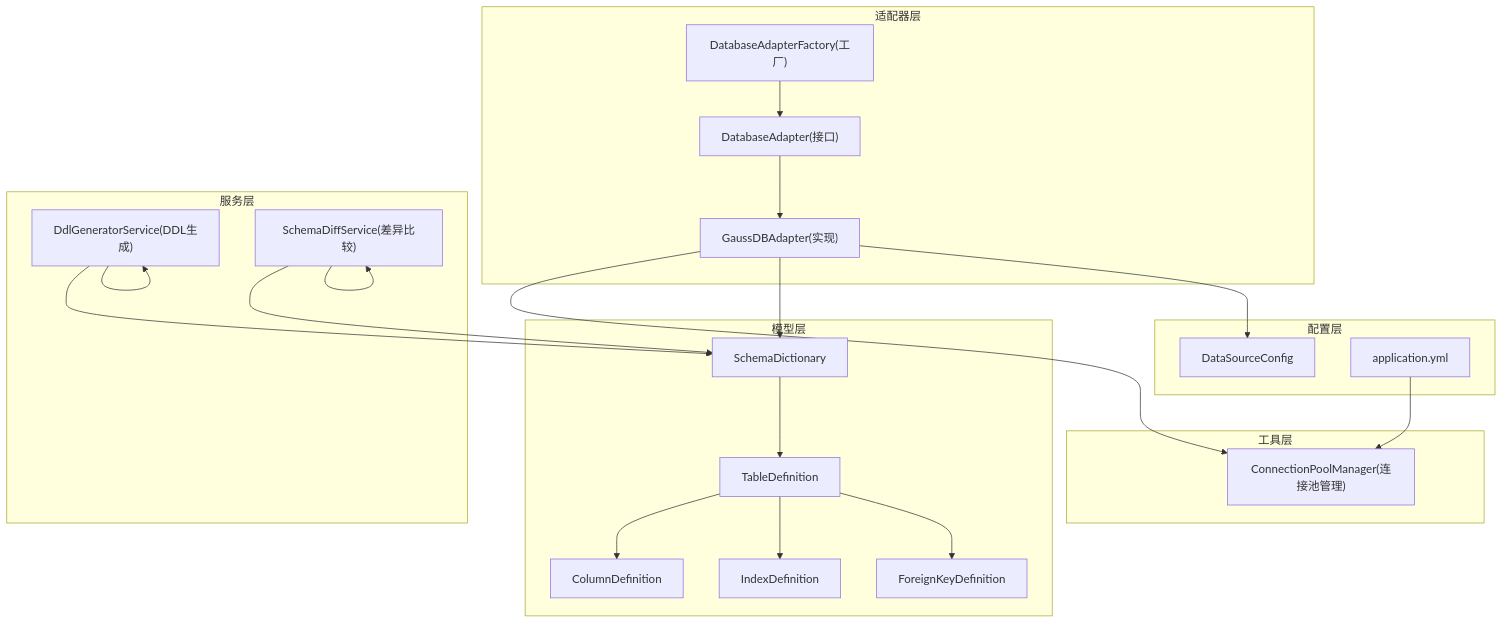
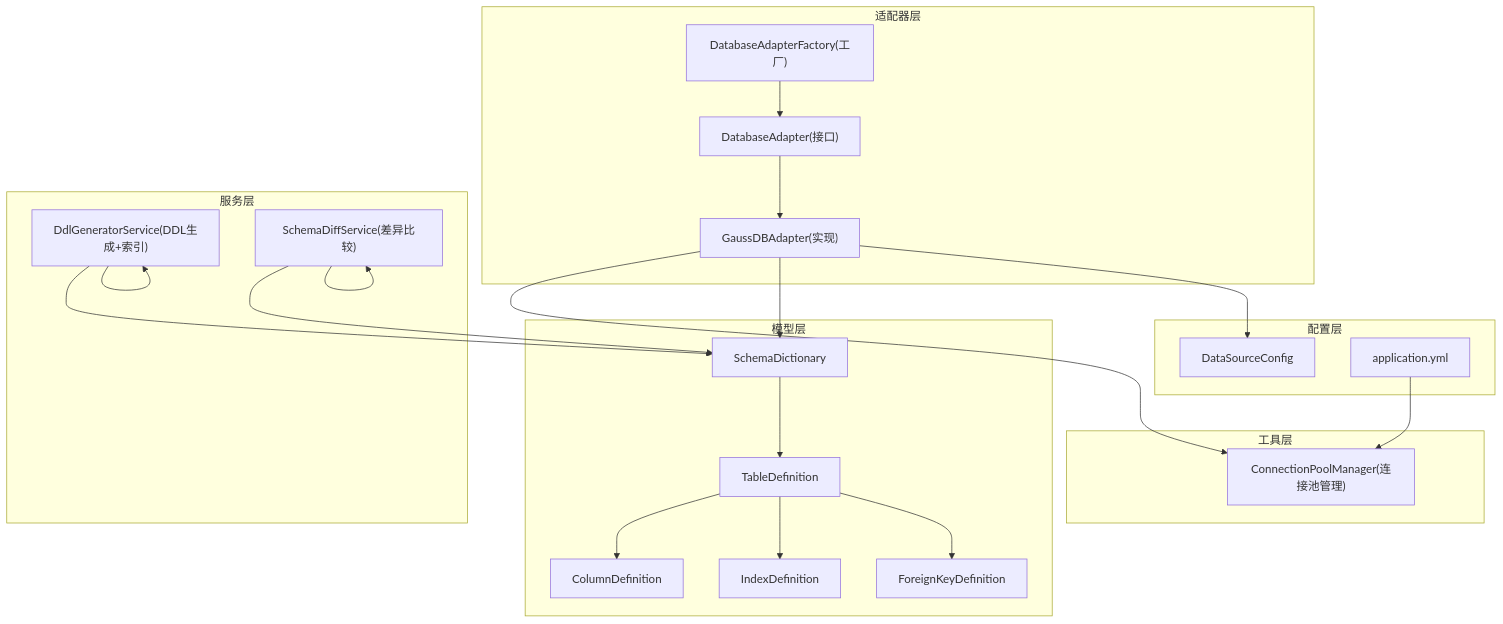
Before and after one commit to SamLing-Why/SchemaSync: the first of 12 diagrams in .qoder/repowiki/zh/content/数据库适配器/数据库适配器实现/GaussDB适配器实现.md, drawn with Mermaid. The commit also changed other lines of this file and 38 other files, not shown here.

````diff
--- a/.qoder/repowiki/zh/content/数据库适配器/数据库适配器实现/GaussDB适配器实现.md
+++ b/.qoder/repowiki/zh/content/数据库适配器/数据库适配器实现/GaussDB适配器实现.md
@@ -52,40 +52,40 @@
 ```mermaid
 graph TB
 subgraph "适配器层"
 DA["DatabaseAdapter(接口)"]
 GA["GaussDBAdapter(实现)"]
 DAF["DatabaseAdapterFactory(工厂)"]
 end
 subgraph "服务层"
-DGS["DdlGeneratorService(DDL生成)"]
+DGS["DdlGeneratorService(DDL生成+索引)"]
 SDS["SchemaDiffService(差异比较)"]
 end
 subgraph "工具层"
 CPM["ConnectionPoolManager(连接池管理)"]
 end
 subgraph "模型层"
 SD["SchemaDictionary"]
 TD["TableDefinition"]
 CD["ColumnDefinition"]
 ID["IndexDefinition"]
 FK["ForeignKeyDefinition"]
 end
 subgraph "配置层"
 DC["DataSourceConfig"]
 APPYML["application.yml"]
 end
 DAF --> DA
 DA --> GA
 GA --> CPM
 GA --> SD
 SD --> TD
 TD --> CD
 TD --> ID
 TD --> FK
 GA --> DC
 APPYML --> CPM
 DGS --> SD
 SDS --> SD
 DGS --> DGS
 SDS --> SDS
 ```
````
